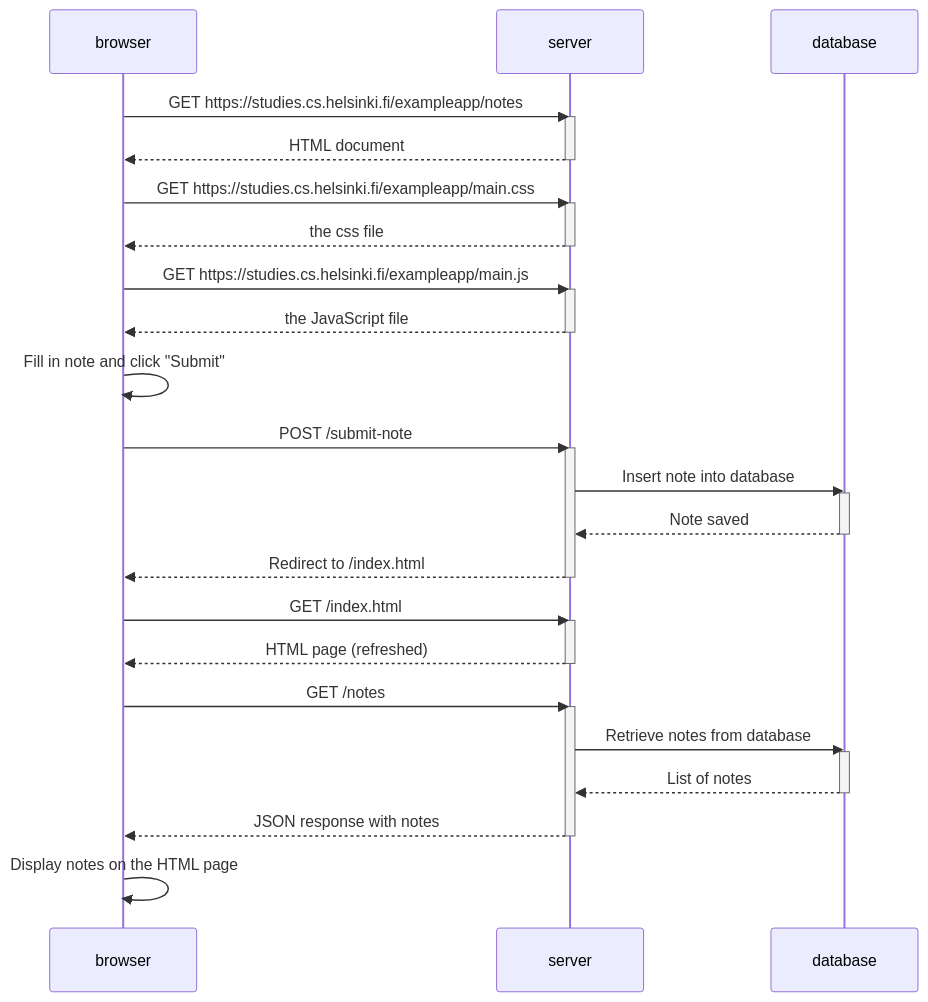
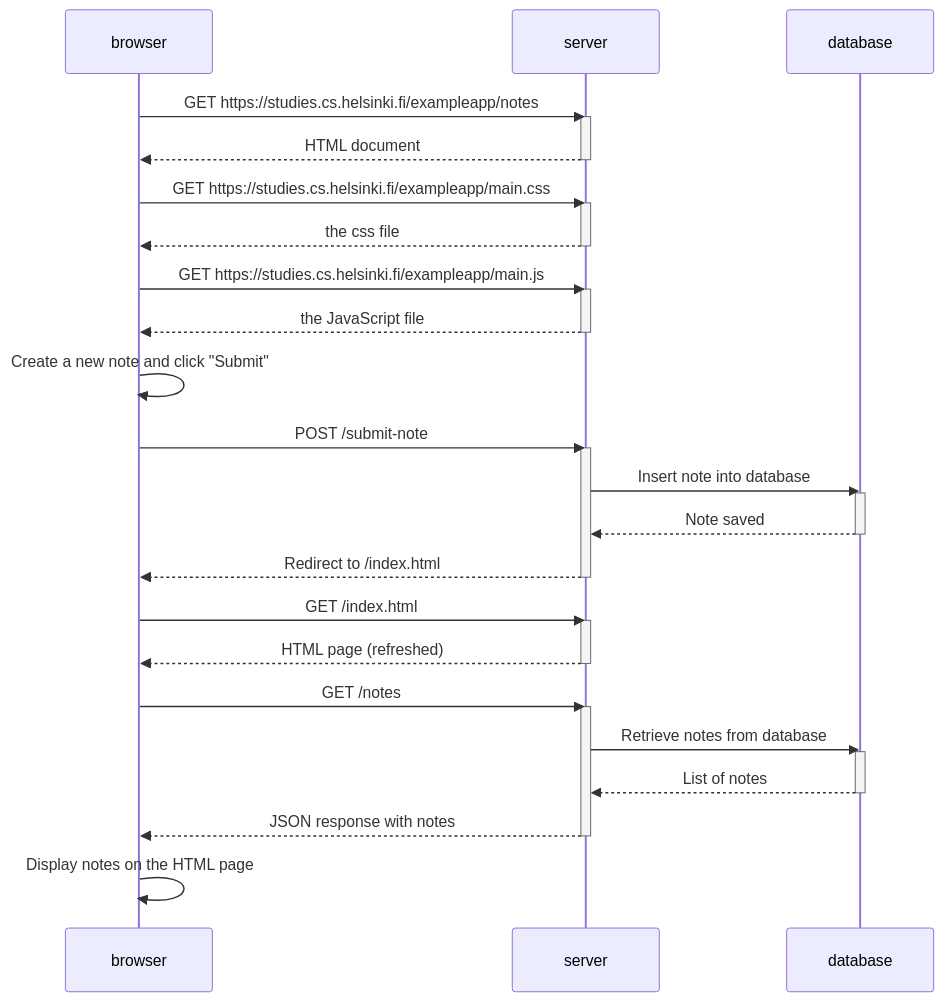
One commit to Mikko-Kajander/MOOC-Full-stack-open changed the diagram in part0/0.4/README0.md. Above: the diagram before and after it, drawn with Mermaid.

Commit message:
part0: finish 0.4

````diff
--- a/part0/0.4/README0.md
+++ b/part0/0.4/README0.md
@@ -1,48 +1,47 @@
 ```mermaid
 sequenceDiagram
     participant browser
     participant server
 
     browser->>server: GET https://studies.cs.helsinki.fi/exampleapp/notes;
     activate server;
     server-->>browser: HTML document;
     deactivate server;
 
     browser->>server: GET https://studies.cs.helsinki.fi/exampleapp/main.css;
     activate server;
     server-->>browser: the css file;
     deactivate server;
 
     browser->>server: GET https://studies.cs.helsinki.fi/exampleapp/main.js;
     activate server;
     server-->>browser: the JavaScript file;
     deactivate server;
 
-    browser->>browser: Fill in note and click "Submit"
+    browser->>browser: Create a new note and click "Submit"
 
     browser->>server: POST /submit-note
     activate server
     server->>database: Insert note into database
     activate database
     database-->>server: Note saved
     deactivate database
     server-->>browser: Redirect to /index.html
     deactivate server
 
     browser->>server: GET /index.html
     activate server
     server-->>browser: HTML page (refreshed)
     deactivate server
 
     browser->>server: GET /notes
     activate server
     server->>database: Retrieve notes from database
     activate database
     database-->>server: List of notes
     deactivate database
     server-->>browser: JSON response with notes
     deactivate server
 
     browser->>browser: Display notes on the HTML page
-
 ```
````
